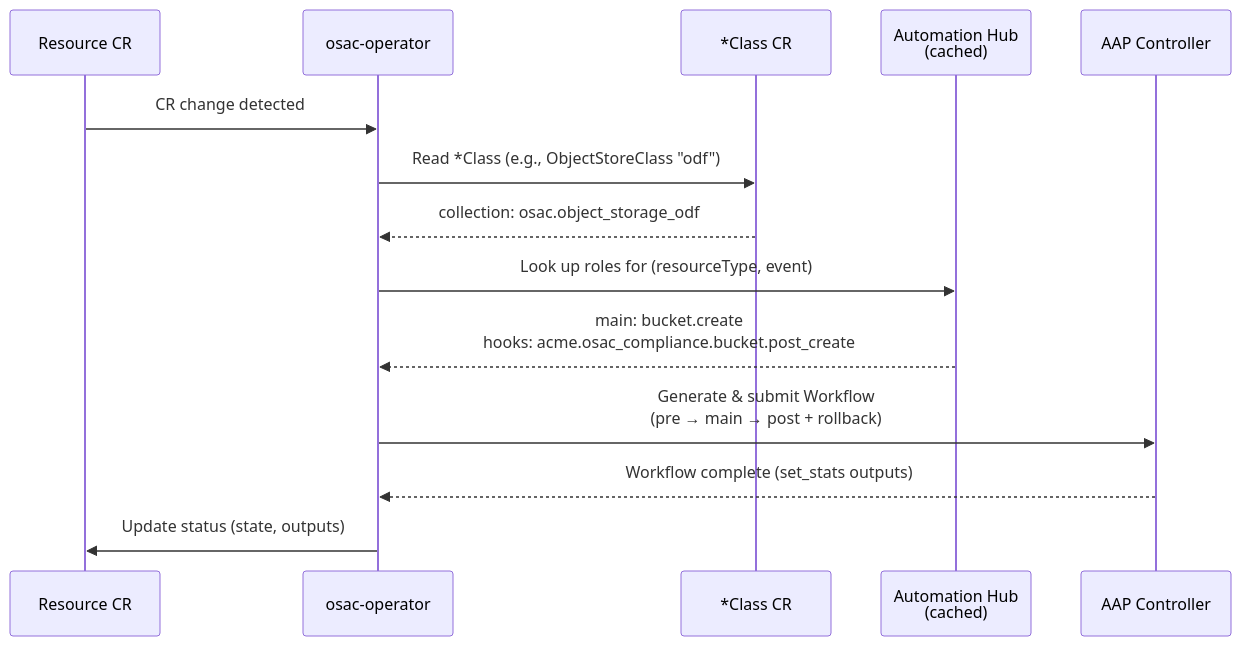
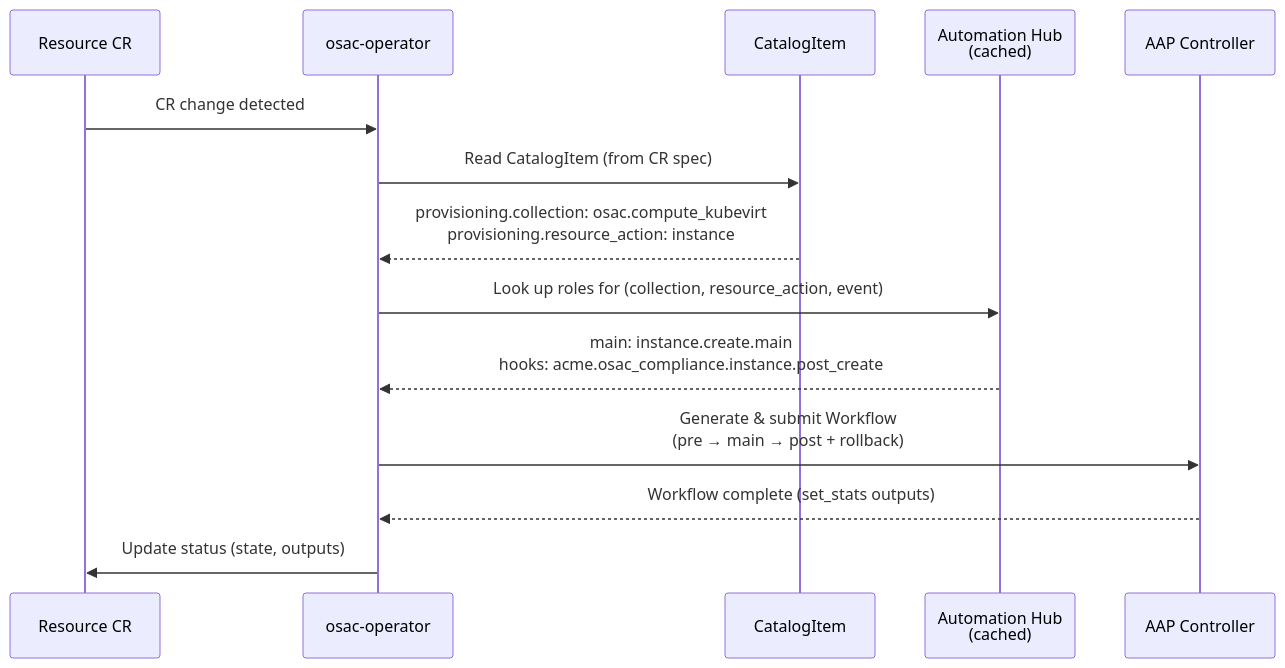
The third of 6 diagrams in enhancements/osac-addon/README.md (fabiendupont/osac-enhancement-proposals), drawn with Mermaid before and after one commit. The commit also changed other lines of this file, not shown here.

First line of the commit message:
refactor: align Add-On EP with upstream CatalogItem architecture

````diff
--- a/enhancements/osac-addon/README.md
+++ b/enhancements/osac-addon/README.md
@@ -569,17 +624,17 @@
 ```mermaid
 sequenceDiagram
     participant CR as Resource CR
     participant OP as osac-operator
-    participant CL as *Class CR
+    participant CI as CatalogItem
     participant HUB as Automation Hub<br/>(cached)
     participant AAP as AAP Controller
 
     CR->>OP: CR change detected
-    OP->>CL: Read *Class (e.g., ObjectStoreClass "odf")
-    CL-->>OP: collection: osac.object_storage_odf
-    OP->>HUB: Look up roles for (resourceType, event)
-    HUB-->>OP: main: bucket.create<br/>hooks: acme.osac_compliance.bucket.post_create
+    OP->>CI: Read CatalogItem (from CR spec)
+    CI-->>OP: provisioning.collection: osac.compute_kubevirt<br/>provisioning.resource_action: instance
+    OP->>HUB: Look up roles for (collection, resource_action, event)
+    HUB-->>OP: main: instance.create.main<br/>hooks: acme.osac_compliance.instance.post_create
     OP->>AAP: Generate & submit Workflow<br/>(pre → main → post + rollback)
     AAP-->>OP: Workflow complete (set_stats outputs)
     OP->>CR: Update status (state, outputs)
 ```
````
